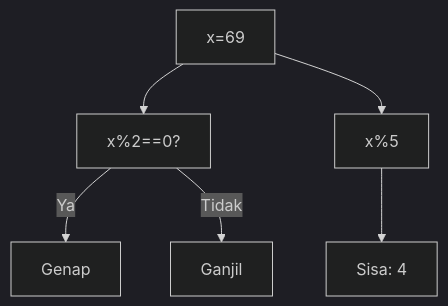
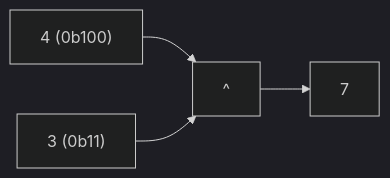
Before and after one commit to amnahwaida/OSNK_INF_PREP: the ninth of 25 diagrams in part-c-pemahaman-cpp/06-bitwise/latihan/set-07.md, drawn with Mermaid (dark theme). The commit also changed other lines of this file and 71 other files, not shown here.

````diff
--- a/part-c-pemahaman-cpp/06-bitwise/latihan/set-07.md
+++ b/part-c-pemahaman-cpp/06-bitwise/latihan/set-07.md
@@ -208,8 +231,6 @@
 ```mermaid
-graph TD
-A["x=69"] --> B["x%2==0?"]
-B -- Ya --> C["Genap"]
-B -- Tidak --> D["Ganjil"]
-A --> E["x%5"]
-E --> F["Sisa: 4"]
+graph LR
+A["4 (0b100)"] --> C["^"]
+B["3 (0b11)"] --> C
+C --> D["7"]
 ```
````
